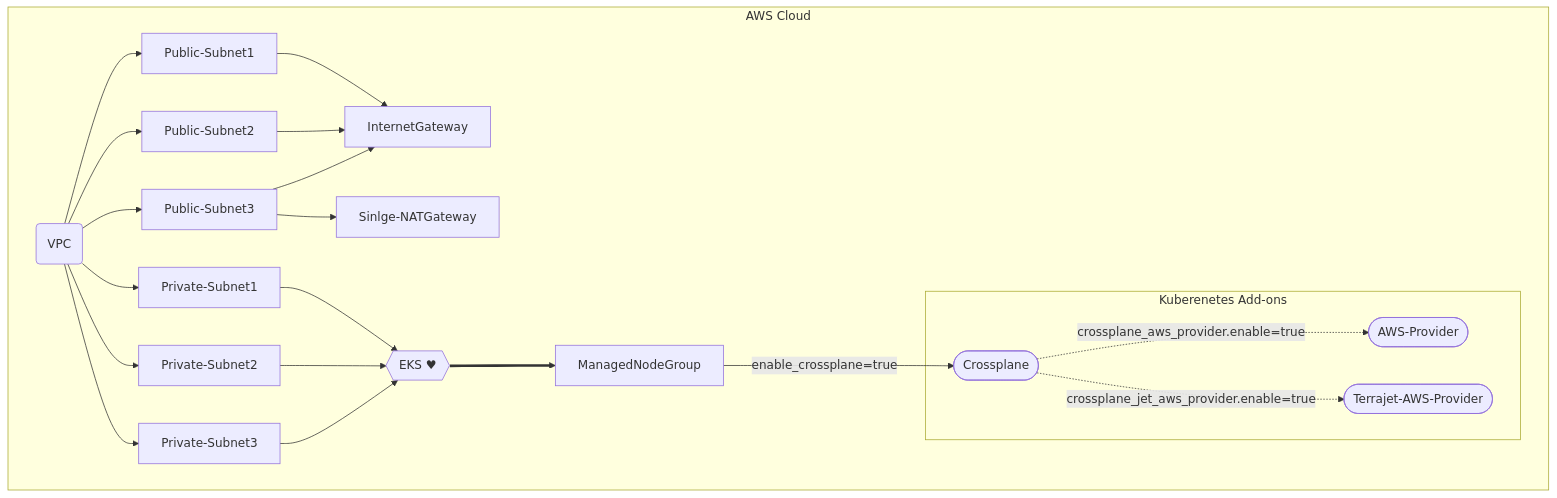
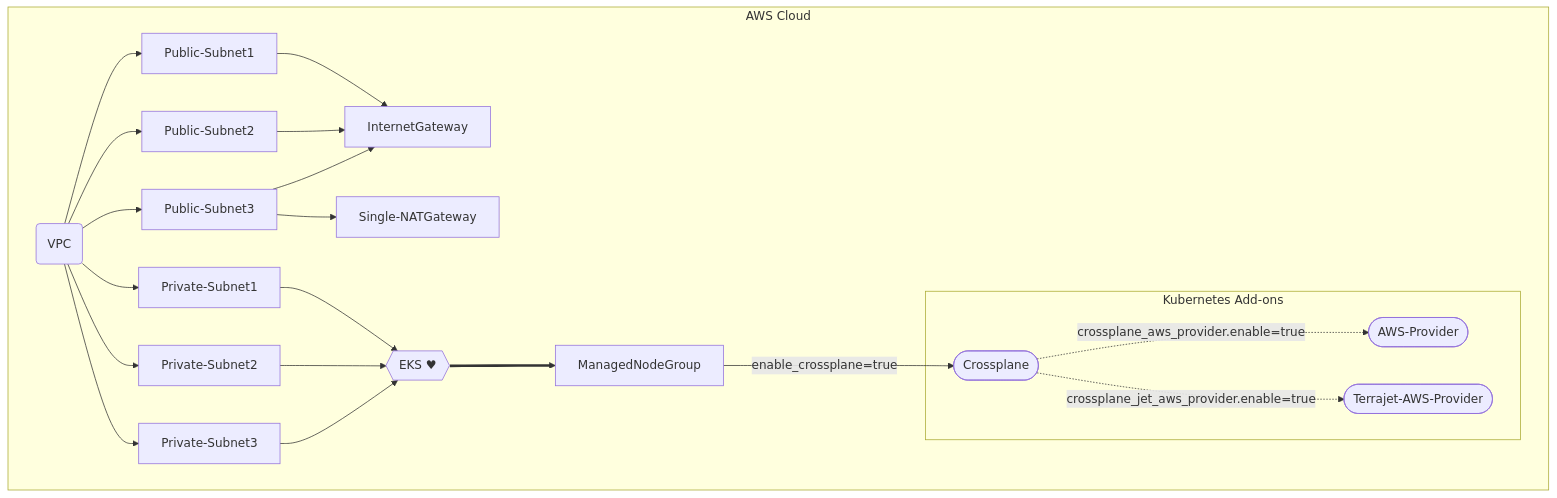
The diagram in examples/crossplane/README.md (aws-ia/terraform-aws-eks-blueprints), drawn with Mermaid before and after one commit.

Commit message:
Readme type fix

````diff
--- a/examples/crossplane/README.md
+++ b/examples/crossplane/README.md
@@ -12,24 +12,24 @@
 ```mermaid
 graph TD;
     subgraph AWS Cloud
     id1(VPC)-->Private-Subnet1;
     id1(VPC)-->Private-Subnet2;
     id1(VPC)-->Private-Subnet3;
     id1(VPC)-->Public-Subnet1;
     id1(VPC)-->Public-Subnet2;
     id1(VPC)-->Public-Subnet3;
     Public-Subnet1-->InternetGateway
     Public-Subnet2-->InternetGateway
     Public-Subnet3-->InternetGateway
-    Public-Subnet3-->Sinlge-NATGateway
+    Public-Subnet3-->Single-NATGateway
     Private-Subnet1-->EKS{{"EKS #9829;"}}
     Private-Subnet2-->EKS
     Private-Subnet3-->EKS
     EKS==>ManagedNodeGroup;
     ManagedNodeGroup-->|enable_crossplane=true|id2([Crossplane]);
-    subgraph Kuberenetes Add-ons
+    subgraph Kubernetes Add-ons
     id2([Crossplane])-.->|crossplane_aws_provider.enable=true|id3([AWS-Provider]);
     id2([Crossplane])-.->|crossplane_jet_aws_provider.enable=true|id4([Terrajet-AWS-Provider]);
     end
     end
 ```
````
